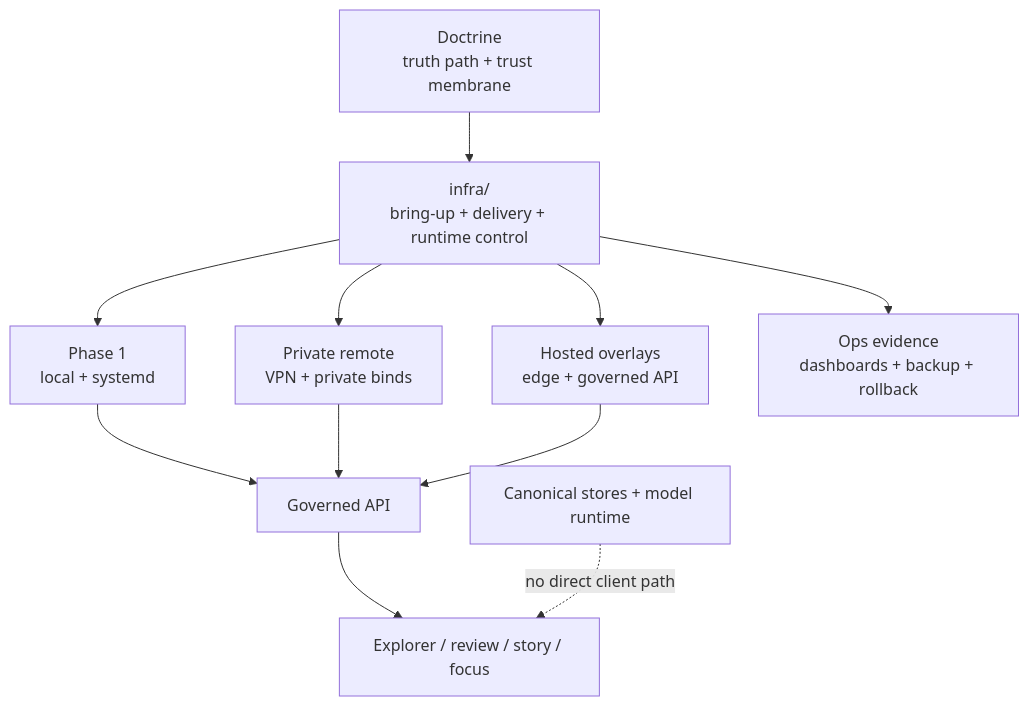
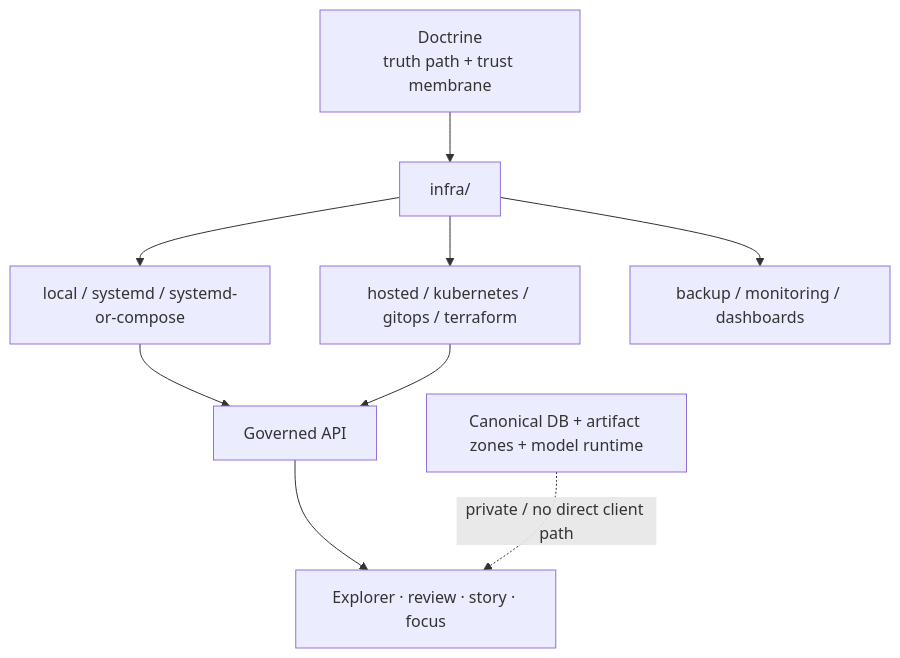
The diagram in infra/README.md (bartytime4life/Kansas-Frontier-Matrix), drawn with Mermaid before and after one commit. The commit also changed other lines of this file, not shown here.

First line of the commit message:
Revise README for infra with updated verification details

````diff
--- a/infra/README.md
+++ b/infra/README.md
@@ -267,16 +258,14 @@
 ```mermaid
 flowchart TB
-    A[Doctrine<br/>truth path + trust membrane] --> B[infra/<br/>bring-up + delivery + runtime control]
+    A[Doctrine<br/>truth path + trust membrane] --> B[infra/]
 
-    B --> C1[Phase 1<br/>local + systemd]
-    B --> C2[Private remote<br/>VPN + private binds]
-    B --> C3[Hosted overlays<br/>edge + governed API]
-    B --> C4[Ops evidence<br/>dashboards + backup + rollback]
+    B --> C1[local / systemd / systemd-or-compose]
+    B --> C2[hosted / kubernetes / gitops / terraform]
+    B --> C3[backup / monitoring / dashboards]
 
     C1 --> D[Governed API]
     C2 --> D
-    C3 --> D
 
-    D --> E[Explorer / review / story / focus]
-    X[Canonical stores + model runtime] -. no direct client path .-> E
+    D --> E[Explorer · review · story · focus]
+    X[Canonical DB + artifact zones + model runtime] -. private / no direct client path .-> E
 ```
````
